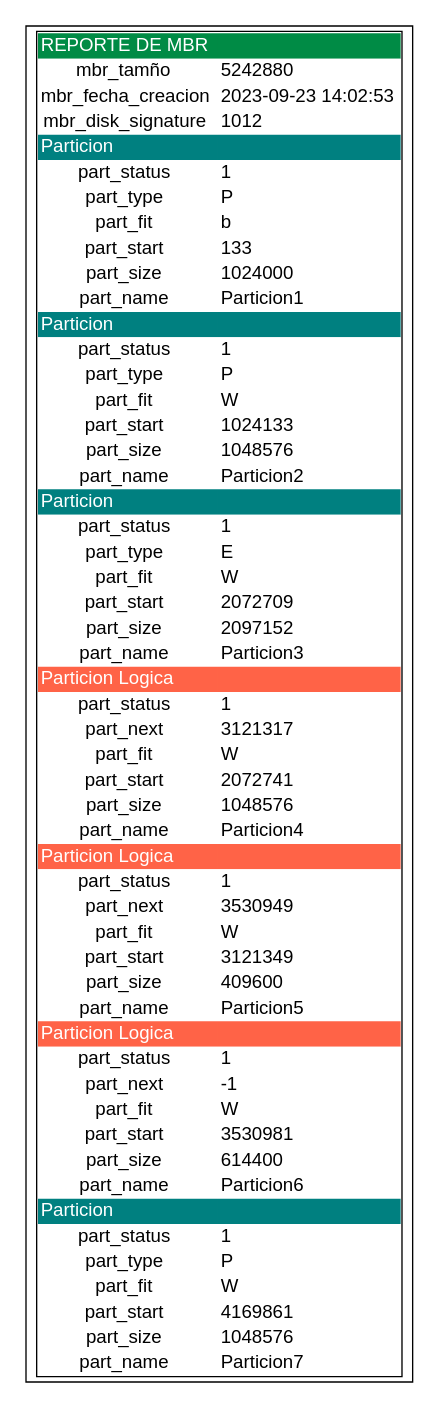
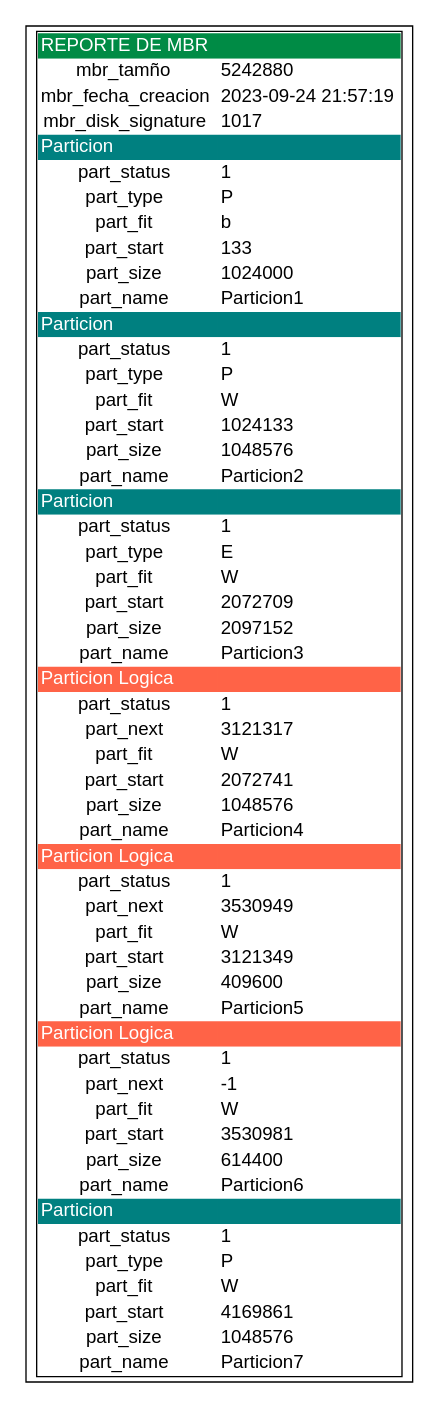
The diagram in reportes/reporte_mbr.dot (luis-tavico/MIA_2SP2_202000562), drawn with Graphviz before and after one commit. The commit also changed 6 other files, not shown here.

```diff
--- a/reportes/reporte_mbr.dot
+++ b/reportes/reporte_mbr.dot
@@ -12,11 +12,11 @@
         </tr>
         <tr>
             <td bgcolor="white" align="center"> mbr_fecha_creacion </td>
-            <td bgcolor="white" align="left"> 2023-09-23 14:02:53 </td>
+            <td bgcolor="white" align="left"> 2023-09-24 21:57:19 </td>
         </tr>
         <tr>
             <td bgcolor="white" align="center"> mbr_disk_signature </td>
-            <td bgcolor="white" align="left"> 1012 </td>
+            <td bgcolor="white" align="left"> 1017 </td>
         </tr>
         <tr>
             <td bgcolor="teal" align="left"><font color="white"> Particion </font></td>
```
